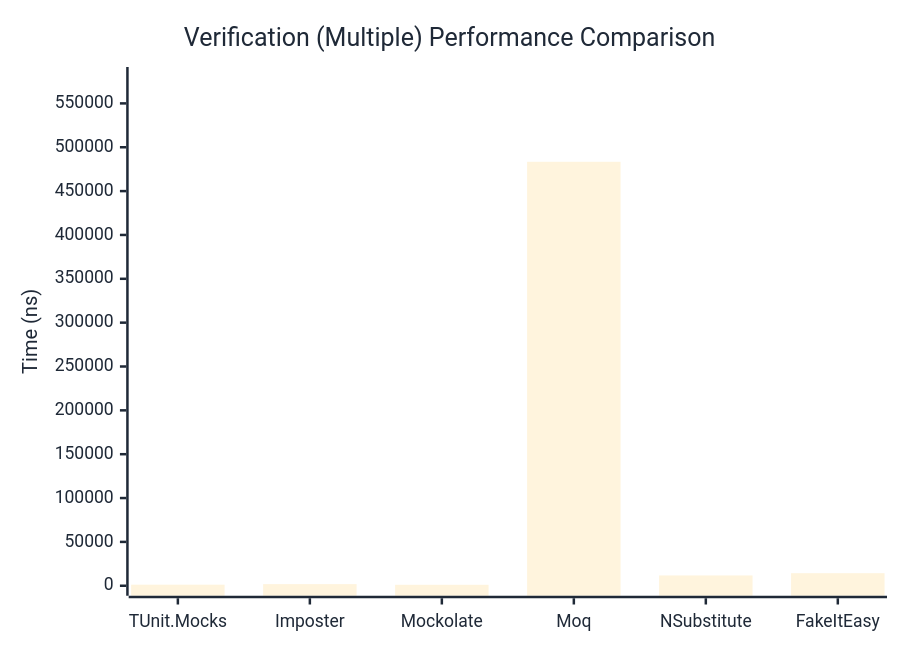
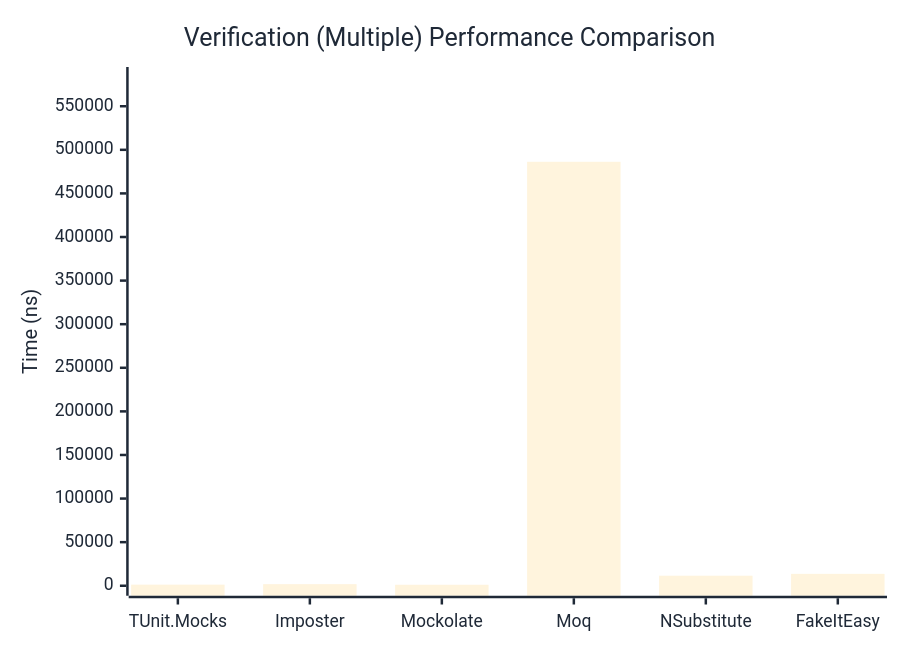
Before and after one commit to thomhurst/TUnit: the third of 3 diagrams in docs/docs/benchmarks/mocks/Verification.md, drawn with Mermaid. The commit also changed other lines of this file and 14 other files, not shown here.

````diff
--- a/docs/docs/benchmarks/mocks/Verification.md
+++ b/docs/docs/benchmarks/mocks/Verification.md
@@ -112,27 +112,27 @@
 ```mermaid
 %%{init: {
   'theme':'base',
   'themeVariables': {
     'primaryColor': '#2563eb',
     'primaryTextColor': '#1f2937',
     'primaryBorderColor': '#1e40af',
     'lineColor': '#6b7280',
     'secondaryColor': '#7c3aed',
     'tertiaryColor': '#dc2626',
     'background': '#ffffff',
     'pie1': '#2563eb',
     'pie2': '#7c3aed',
     'pie3': '#dc2626',
     'pie4': '#f59e0b',
     'pie5': '#10b981',
     'pie6': '#06b6d4',
     'pie7': '#ec4899',
     'pie8': '#6366f1'
   }
 }}%%
 xychart-beta
   title "Verification (Multiple) Performance Comparison"
   x-axis ["TUnit.Mocks", "Imposter", "Mockolate", "Moq", "NSubstitute", "FakeItEasy"]
-  y-axis "Time (ns)" 0 --> 580101
-  bar [1217.75, 1856.88, 1106.03, 483417.42, 11742.67, 14338.99]
+  y-axis "Time (ns)" 0 --> 583521
+  bar [1276.98, 1827.56, 1148.45, 486267.31, 11522.53, 13638.2]
 ```
````
